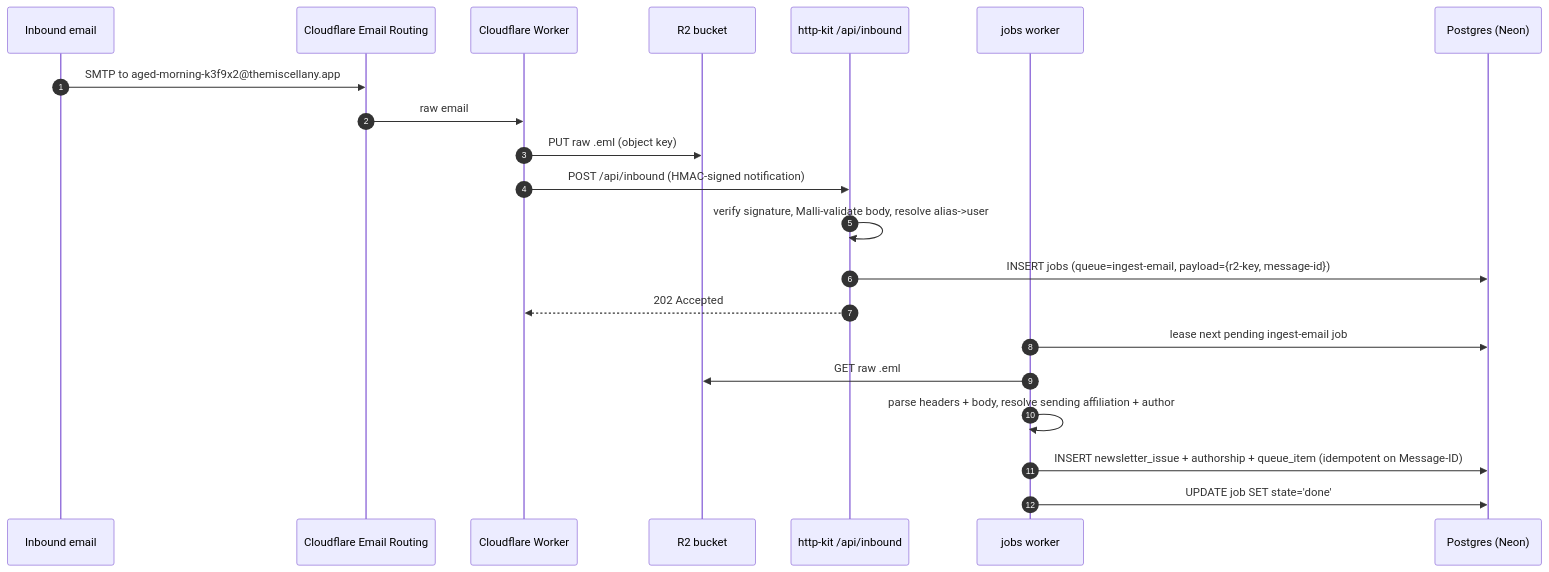
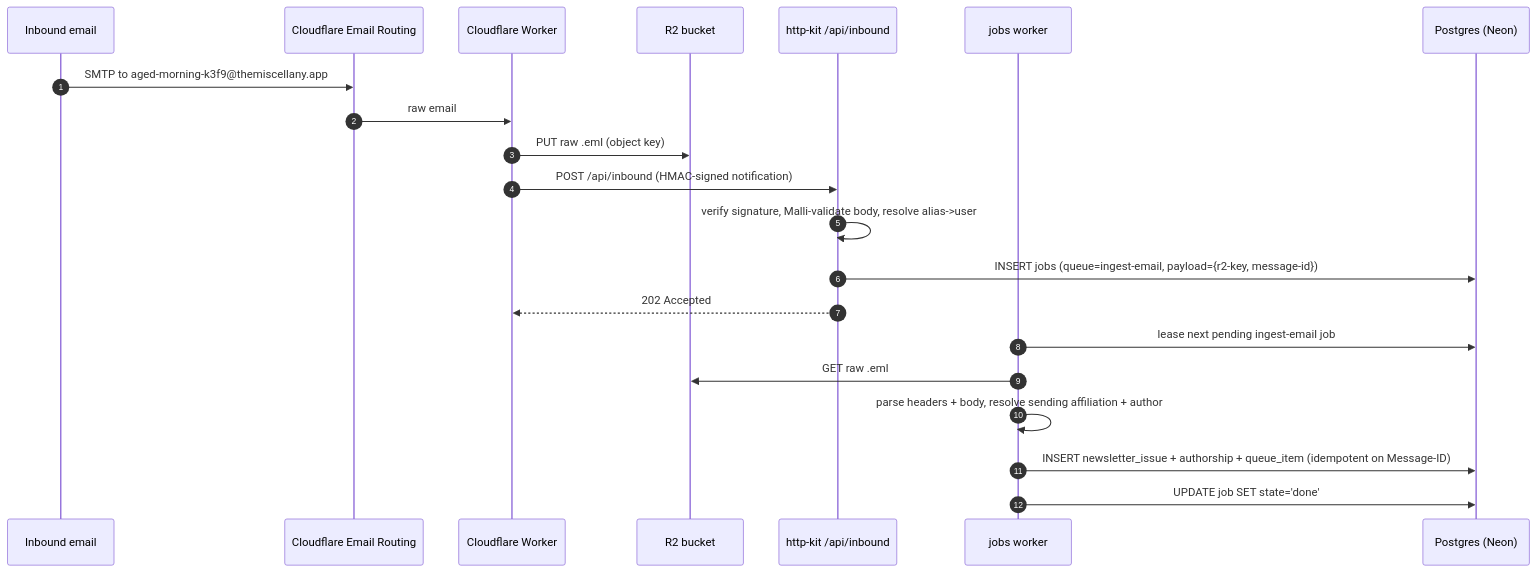
The third of 4 diagrams in docs/architecture.md (kirahowe/reader), drawn with Mermaid before and after one commit. The commit also changed other lines of this file and 19 other files, not shown here.

````diff
--- a/docs/architecture.md
+++ b/docs/architecture.md
@@ -198,24 +198,24 @@
 ```mermaid
 sequenceDiagram
   autonumber
   participant E as Inbound email
   participant CR as Cloudflare Email Routing
   participant CW as Cloudflare Worker
   participant R as R2 bucket
   participant H as http-kit /api/inbound
   participant J as jobs worker
   participant DB as Postgres (Neon)
 
-  E->>CR: SMTP to aged-morning-k3f9x2@themiscellany.app
+  E->>CR: SMTP to aged-morning-k3f9@themiscellany.app
   CR->>CW: raw email
   CW->>R: PUT raw .eml (object key)
   CW->>H: POST /api/inbound (HMAC-signed notification)
   H->>H: verify signature, Malli-validate body, resolve alias->user
   H->>DB: INSERT jobs (queue=ingest-email, payload={r2-key, message-id})
   H-->>CW: 202 Accepted
   J->>DB: lease next pending ingest-email job
   J->>R: GET raw .eml
   J->>J: parse headers + body, resolve sending affiliation + author
   J->>DB: INSERT newsletter_issue + authorship + queue_item (idempotent on Message-ID)
   J->>DB: UPDATE job SET state='done'
 ```
````
